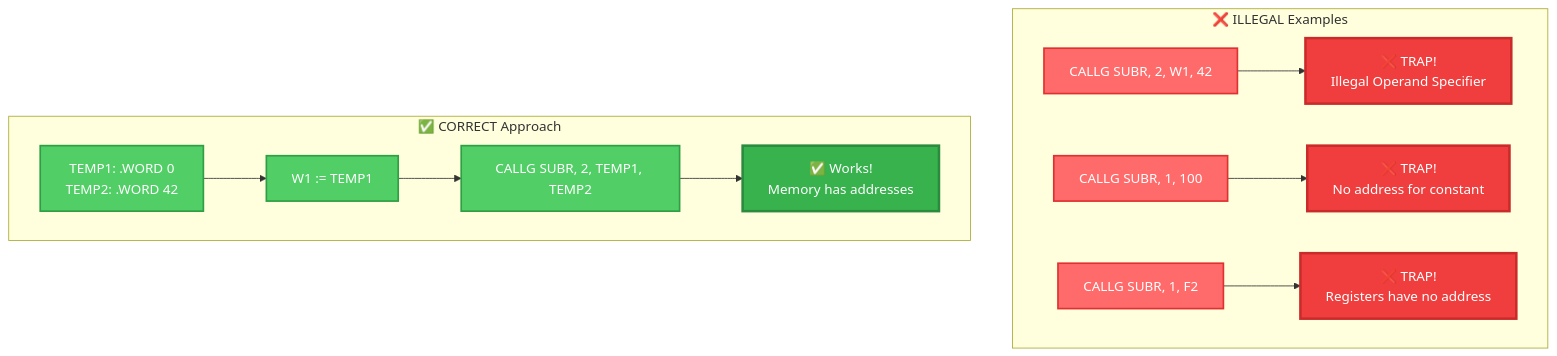
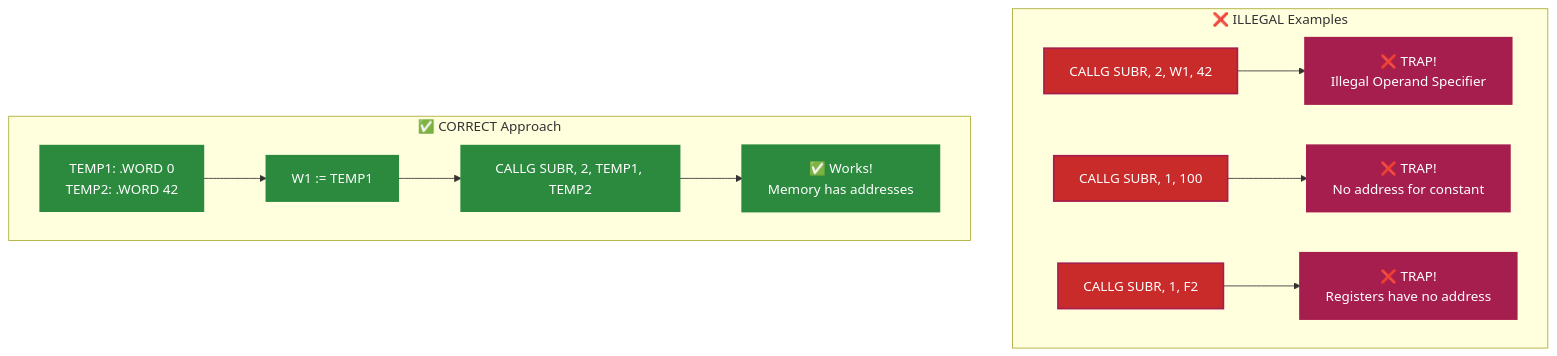
Diagram 17 of 25 in docs/CALL_and_ENTRY_Points_Explained.md (RetroCoreLabs/nd500x), drawn with Mermaid before and after one commit. The commit also changed other lines of this file, not shown here.

First line of the commit message:
docs: Make Mermaid diagrams WCAG 2.1 Level AA compliant (EAA 2025)

````diff
--- a/docs/CALL_and_ENTRY_Points_Explained.md
+++ b/docs/CALL_and_ENTRY_Points_Explained.md
@@ -777,25 +777,25 @@
 ```mermaid
 graph TD
     subgraph "❌ ILLEGAL Examples"
         I1["CALLG SUBR, 2, W1, 42"] --> E1["❌ TRAP!<br/>Illegal Operand Specifier"]
         I2["CALLG SUBR, 1, 100"] --> E2["❌ TRAP!<br/>No address for constant"]
         I3["CALLG SUBR, 1, F2"] --> E3["❌ TRAP!<br/>Registers have no address"]
     end
 
     subgraph "✅ CORRECT Approach"
         C1["TEMP1: .WORD 0<br/>TEMP2: .WORD 42"] --> C2["W1 := TEMP1"]
         C2 --> C3["CALLG SUBR, 2, TEMP1, TEMP2"]
         C3 --> C4["✅ Works!<br/>Memory has addresses"]
     end
 
-    style I1 fill:#ff6b6b,stroke:#e03131,stroke-width:2px,color:#fff
-    style I2 fill:#ff6b6b,stroke:#e03131,stroke-width:2px,color:#fff
-    style I3 fill:#ff6b6b,stroke:#e03131,stroke-width:2px,color:#fff
-    style E1 fill:#f03e3e,stroke:#c92a2a,stroke-width:3px,color:#fff
-    style E2 fill:#f03e3e,stroke:#c92a2a,stroke-width:3px,color:#fff
-    style E3 fill:#f03e3e,stroke:#c92a2a,stroke-width:3px,color:#fff
-    style C1 fill:#51cf66,stroke:#2f9e44,stroke-width:2px,color:#fff
-    style C2 fill:#51cf66,stroke:#2f9e44,stroke-width:2px,color:#fff
-    style C3 fill:#51cf66,stroke:#2f9e44,stroke-width:2px,color:#fff
-    style C4 fill:#37b24d,stroke:#2b8a3e,stroke-width:3px,color:#fff
+    style I1 fill:#c92a2a,stroke:#a61e4d,stroke-width:2px,color:#fff
+    style I2 fill:#c92a2a,stroke:#a61e4d,stroke-width:2px,color:#fff
+    style I3 fill:#c92a2a,stroke:#a61e4d,stroke-width:2px,color:#fff
+    style E1 fill:#a61e4d,stroke:#a61e4d,stroke-width:3px,color:#fff
+    style E2 fill:#a61e4d,stroke:#a61e4d,stroke-width:3px,color:#fff
+    style E3 fill:#a61e4d,stroke:#a61e4d,stroke-width:3px,color:#fff
+    style C1 fill:#2b8a3e,stroke:#2b8a3e,stroke-width:2px,color:#fff
+    style C2 fill:#2b8a3e,stroke:#2b8a3e,stroke-width:2px,color:#fff
+    style C3 fill:#2b8a3e,stroke:#2b8a3e,stroke-width:2px,color:#fff
+    style C4 fill:#2b8a3e,stroke:#2b8a3e,stroke-width:3px,color:#fff
 ```
````
